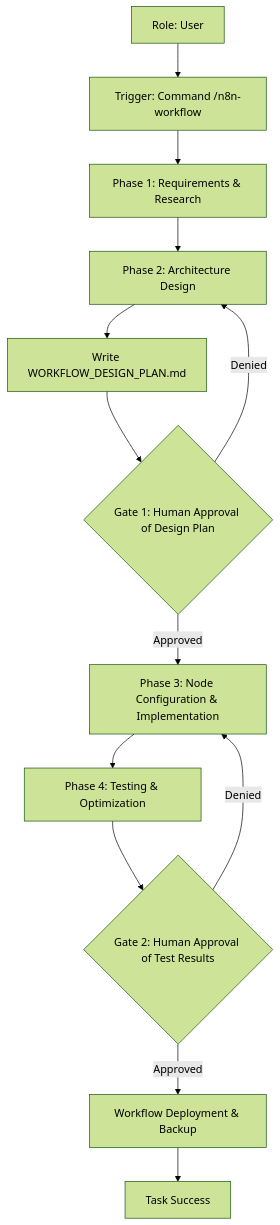
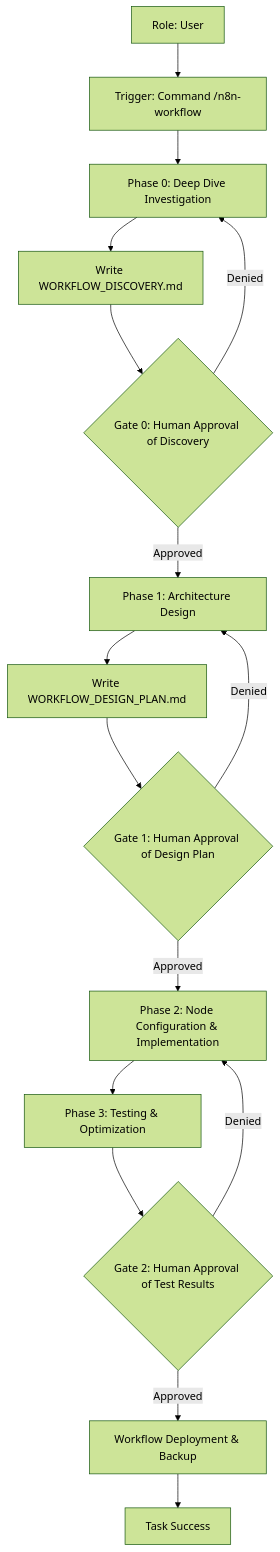
One commit to SouzaEduardoAC/ai-agents changed the diagram in docs/use_cases/n8n_workflow_automation.md. Above: the diagram before and after it, drawn with Mermaid (forest theme). The commit also changed other lines of this file and 5 other files, not shown here.

Commit message:
feat(n8n): implement mandatory Investigative Deep Dive phase

````diff
--- a/docs/use_cases/n8n_workflow_automation.md
+++ b/docs/use_cases/n8n_workflow_automation.md
@@ -12,15 +12,18 @@
 ```mermaid
 graph TD
     A[Role: User] --> B[Trigger: Command /n8n-workflow]
-    B --> C[Phase 1: Requirements & Research]
-    C --> D[Phase 2: Architecture Design]
+    B --> C[Phase 0: Deep Dive Investigation]
+    C --> C1[Write WORKFLOW_DISCOVERY.md]
+    C1 --> C2{Gate 0: Human Approval of Discovery}
+    C2 -- Denied --> C
+    C2 -- Approved --> D[Phase 1: Architecture Design]
     D --> E[Write WORKFLOW_DESIGN_PLAN.md]
     E --> F{Gate 1: Human Approval of Design Plan}
     F -- Denied --> D
-    F -- Approved --> G[Phase 3: Node Configuration & Implementation]
-    G --> H[Phase 4: Testing & Optimization]
+    F -- Approved --> G[Phase 2: Node Configuration & Implementation]
+    G --> H[Phase 3: Testing & Optimization]
     H --> I{Gate 2: Human Approval of Test Results}
     I -- Denied --> G
     I -- Approved --> J[Workflow Deployment & Backup]
     J --> K[Task Success]
 ```
````
